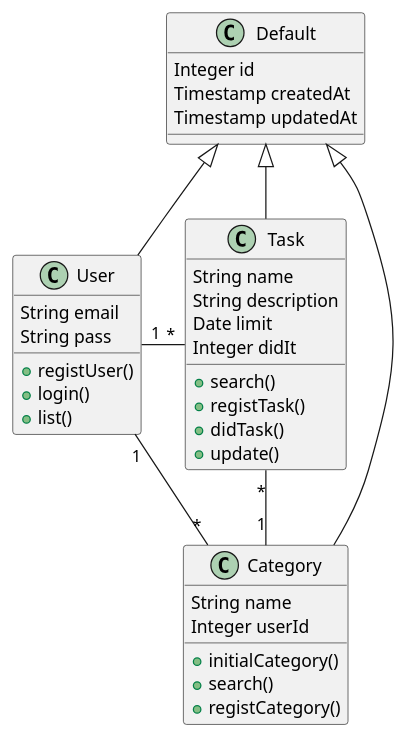
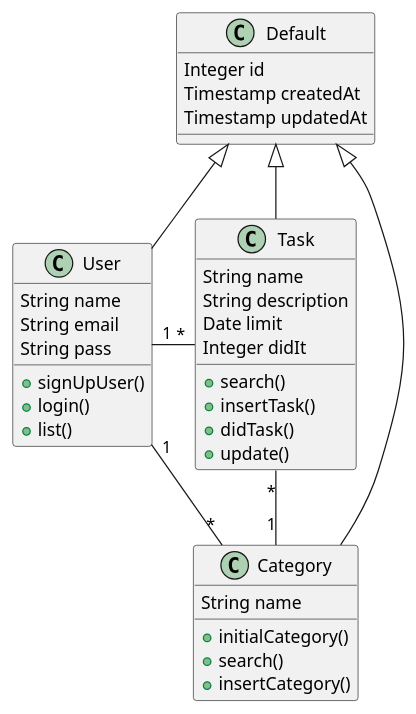
The diagram in docs/Test.puml (a191409/java_semi), drawn with PlantUML before and after one commit.

Commit message:
クラス図の修正

```diff
--- a/docs/Test.puml
+++ b/docs/Test.puml
@@ -1,48 +1,48 @@
 @startuml
 
 class Default {
     Integer id
     Timestamp createdAt
     Timestamp updatedAt
 }
 
 class User {
+    String name
     String email
     String pass
 
-    + registUser()
+    + signUpUser()
     + login()
     + list()
 }
 
 class Task {
     String name
     String description
     Date limit
     Integer didIt
 
     + search()
-    + registTask()
+    + insertTask()
     + didTask()
     + update()
 }
 
 class Category {
     String name
-    Integer userId
 
     + initialCategory()
     + search()
-    + registCategory()
+    + insertCategory()
 }
 
 Default <|-- User
 Default <|-- Task
 Default <|-- Category
 
 User "1"-"*" Task
 Task "*"-"1" Category
 User "1"--"*" Category
 
 
 @enduml
```
